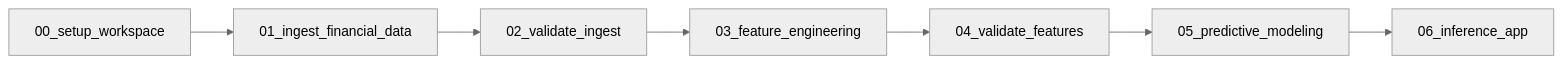
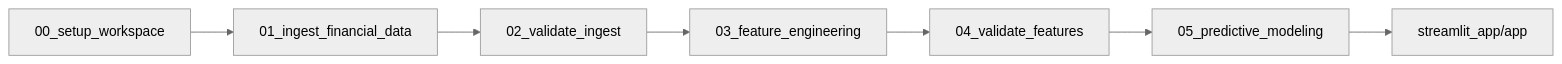
One commit to Nits02/portfolio-manager-agent changed the diagram in NOTEBOOK_SEQUENCE_CORRECTION.md. Above: the diagram before and after it, drawn with Mermaid (neutral theme). The commit also changed other lines of this file and 10 other files, not shown here.

````diff
--- a/NOTEBOOK_SEQUENCE_CORRECTION.md
+++ b/NOTEBOOK_SEQUENCE_CORRECTION.md
@@ -56,9 +56,9 @@
 ```mermaid
 graph LR
     A[00_setup_workspace] --> B[01_ingest_financial_data]
     B --> C[02_validate_ingest] 
     C --> D[03_feature_engineering]
     D --> E[04_validate_features]
     E --> F[05_predictive_modeling]
-    F --> G[06_inference_app]
+    F --> G[streamlit_app/app]
 ```
````
